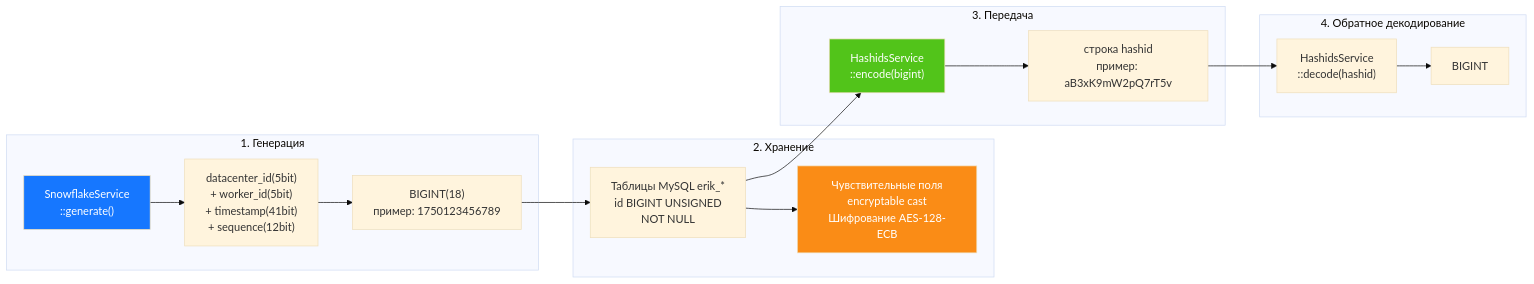
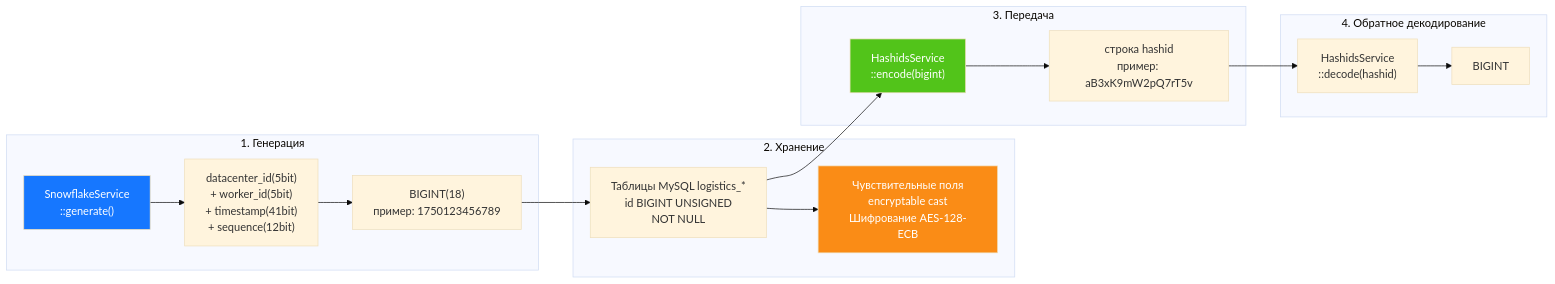
The seventh of 14 diagrams in admin/docs/ARCHITECTURE.ru.md (erikwang2013/integrated-global-logistics), drawn with Mermaid (base theme) before and after one commit. The commit also changed other lines of this file and 211 other files, not shown here.

````diff
--- a/admin/docs/ARCHITECTURE.ru.md
+++ b/admin/docs/ARCHITECTURE.ru.md
@@ -364,33 +364,33 @@
 ```mermaid
 flowchart LR
     subgraph "1. Генерация"
         G1["SnowflakeService<br/>::generate()"]
         G2["datacenter_id(5bit)<br/>+ worker_id(5bit)<br/>+ timestamp(41bit)<br/>+ sequence(12bit)"]
         G3["BIGINT(18)<br/>пример: 1750123456789"]
         G1 --> G2 --> G3
     end
 
     subgraph "2. Хранение"
-        S1["Таблицы MySQL erik_*<br/>id BIGINT UNSIGNED<br/>NOT NULL"]
+        S1["Таблицы MySQL logistics_*<br/>id BIGINT UNSIGNED<br/>NOT NULL"]
         S2["Чувствительные поля<br/>encryptable cast<br/>Шифрование AES-128-ECB"]
         G3 --> S1
         S1 --> S2
     end
 
     subgraph "3. Передача"
         T1["HashidsService<br/>::encode(bigint)"]
         T2["строка hashid<br/>пример: aB3xK9mW2pQ7rT5v"]
         S1 --> T1
         T1 --> T2
     end
 
     subgraph "4. Обратное декодирование"
         R1["HashidsService<br/>::decode(hashid)"]
         R2["BIGINT"]
         T2 --> R1 --> R2
     end
 
     style G1 fill:#1677FF,color:#fff
     style T1 fill:#52C41A,color:#fff
     style S2 fill:#FA8C16,color:#fff
 ```
````
